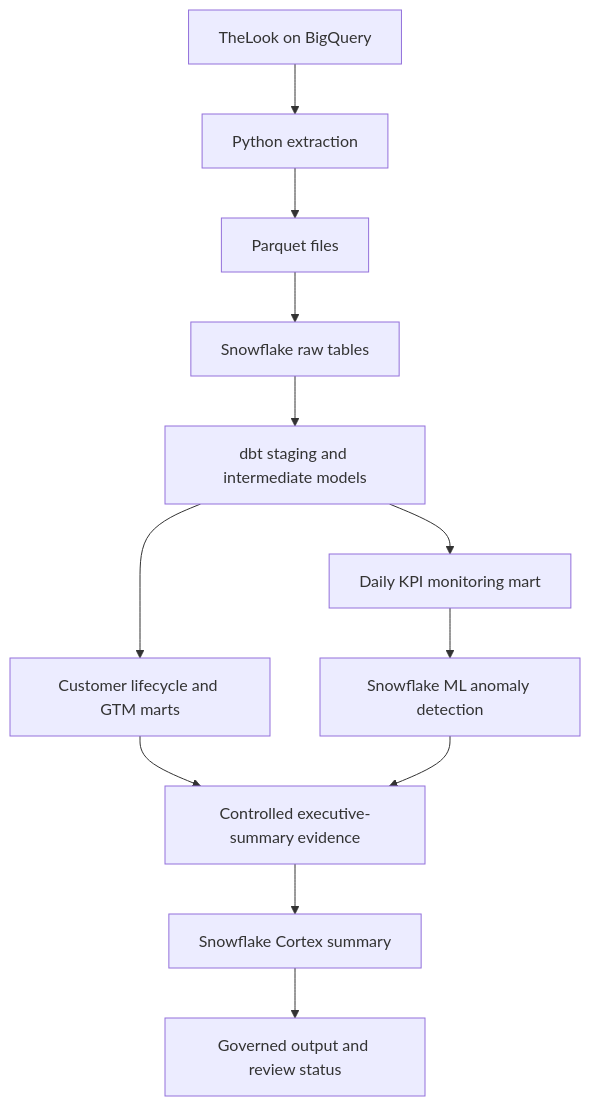
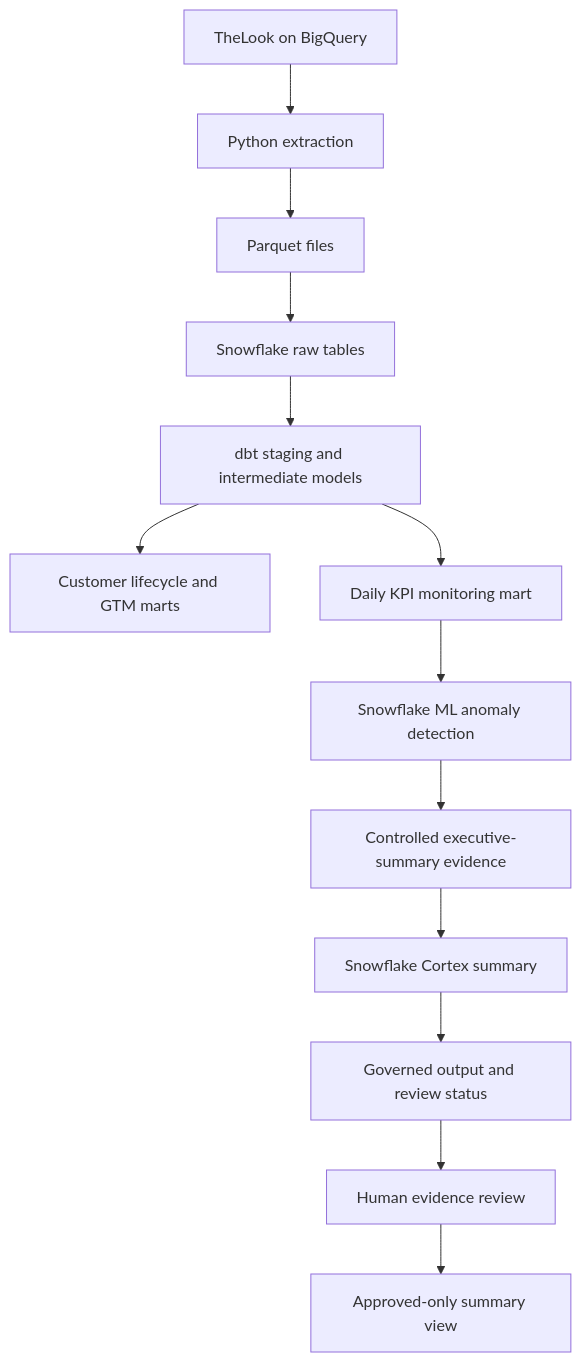
The diagram in README.md (Pranav282/cortex-ecommerce-intelligence), drawn with Mermaid before and after one commit. The commit also changed other lines of this file and 2 other files, not shown here.

Commit message:
Added approved summary

````diff
--- a/README.md
+++ b/README.md
@@ -32,14 +32,15 @@
 ```mermaid
 flowchart TD
     A["TheLook on BigQuery"] --> B["Python extraction"]
     B --> C["Parquet files"]
     C --> D["Snowflake raw tables"]
     D --> E["dbt staging and intermediate models"]
     E --> F["Customer lifecycle and GTM marts"]
     E --> G["Daily KPI monitoring mart"]
     G --> H["Snowflake ML anomaly detection"]
-    F --> I["Controlled executive-summary evidence"]
-    H --> I
+    H --> I["Controlled executive-summary evidence"]
     I --> J["Snowflake Cortex summary"]
     J --> K["Governed output and review status"]
+    K --> L["Human evidence review"]
+    L --> M["Approved-only summary view"]
 ```
````
